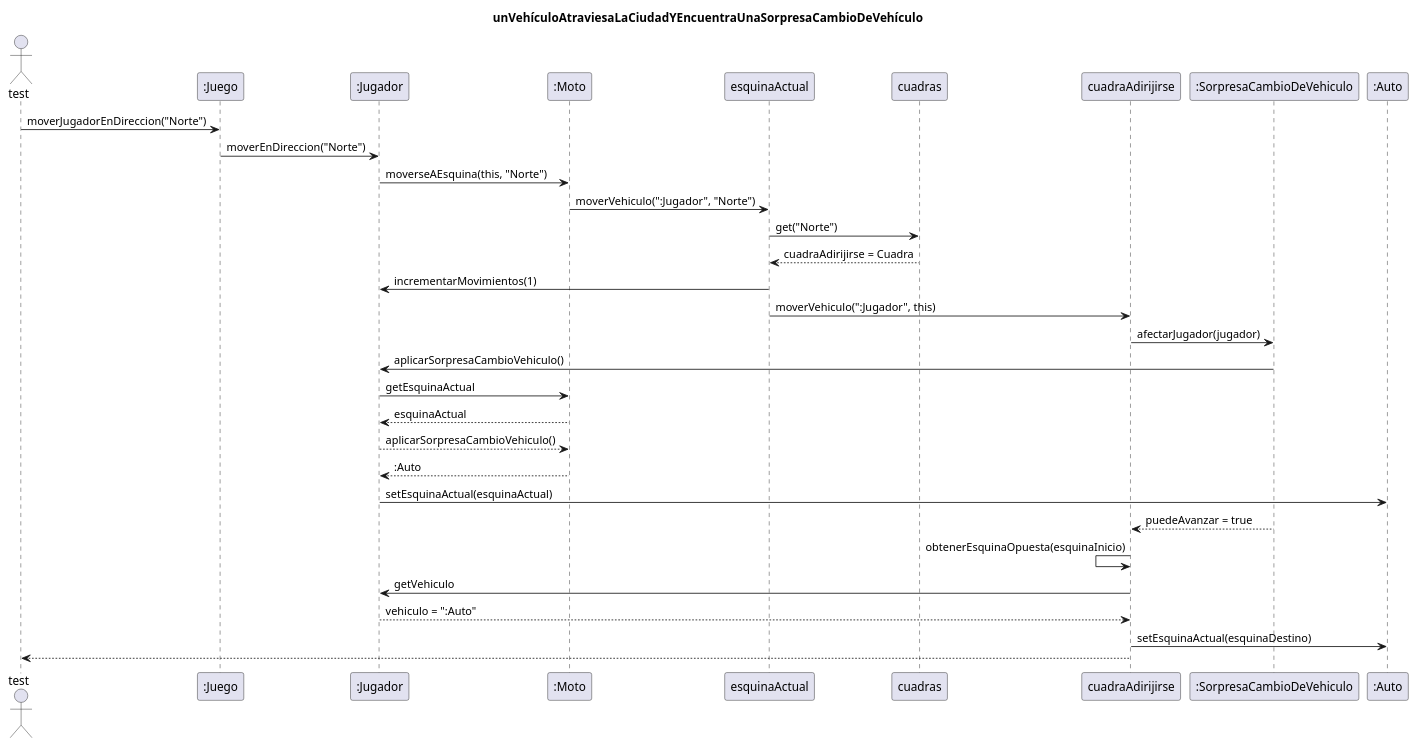
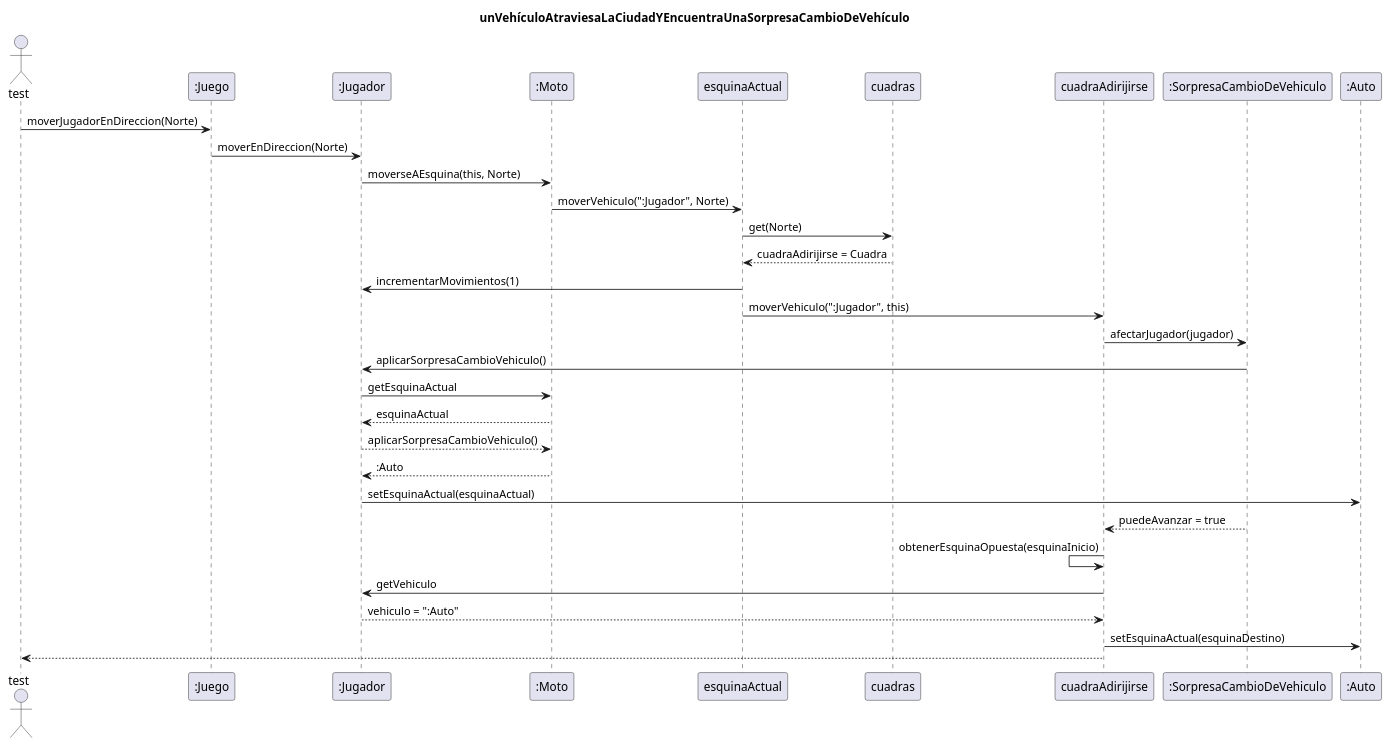
Before and after one commit to TP2Algo3FIUBA/tp2: the diagram in diagrams/sequences/entrega02/CasoDeUso04.plantuml, drawn with PlantUML. The commit also changed 10 other files, not shown here.

```diff
--- a/diagrams/sequences/entrega02/CasoDeUso04.plantuml
+++ b/diagrams/sequences/entrega02/CasoDeUso04.plantuml
@@ -1,29 +1,29 @@
 @startuml
 title: unVehículoAtraviesaLaCiudadYEncuentraUnaSorpresaCambioDeVehículo
 
 Actor test
-test -> ":Juego"  : moverJugadorEnDireccion("Norte")
-":Juego" -> ":Jugador" : moverEnDireccion("Norte")
-":Jugador" -> ":Moto" : moverseAEsquina(this, "Norte")
-":Moto" -> esquinaActual : moverVehiculo(":Jugador", "Norte")
-esquinaActual -> cuadras : get("Norte")
+test -> ":Juego"  : moverJugadorEnDireccion(Norte)
+":Juego" -> ":Jugador" : moverEnDireccion(Norte)
+":Jugador" -> ":Moto" : moverseAEsquina(this, Norte)
+":Moto" -> esquinaActual : moverVehiculo(":Jugador", Norte)
+esquinaActual -> cuadras : get(Norte)
 esquinaActual <-- cuadras : cuadraAdirijirse = Cuadra
 esquinaActual -> ":Jugador" : incrementarMovimientos(1)
 esquinaActual -> cuadraAdirijirse : moverVehiculo(":Jugador", this)
 
 cuadraAdirijirse -> ":SorpresaCambioDeVehiculo" : afectarJugador(jugador)
 ":SorpresaCambioDeVehiculo" -> ":Jugador" : aplicarSorpresaCambioVehiculo()
 
 ":Jugador" -> ":Moto" : getEsquinaActual
 ":Jugador" <-- ":Moto" : esquinaActual
 ":Jugador" --> ":Moto" : aplicarSorpresaCambioVehiculo()
 ":Jugador" <-- ":Moto" : :Auto
 ":Jugador" -> ":Auto" : setEsquinaActual(esquinaActual)
 cuadraAdirijirse <-- ":SorpresaCambioDeVehiculo" : puedeAvanzar = true
 
 cuadraAdirijirse <- cuadraAdirijirse : obtenerEsquinaOpuesta(esquinaInicio)
 cuadraAdirijirse -> ":Jugador" : getVehiculo
 cuadraAdirijirse <-- ":Jugador" : vehiculo = ":Auto"
 cuadraAdirijirse -> ":Auto" : setEsquinaActual(esquinaDestino)
 test <-- cuadraAdirijirse
 @enduml
```
